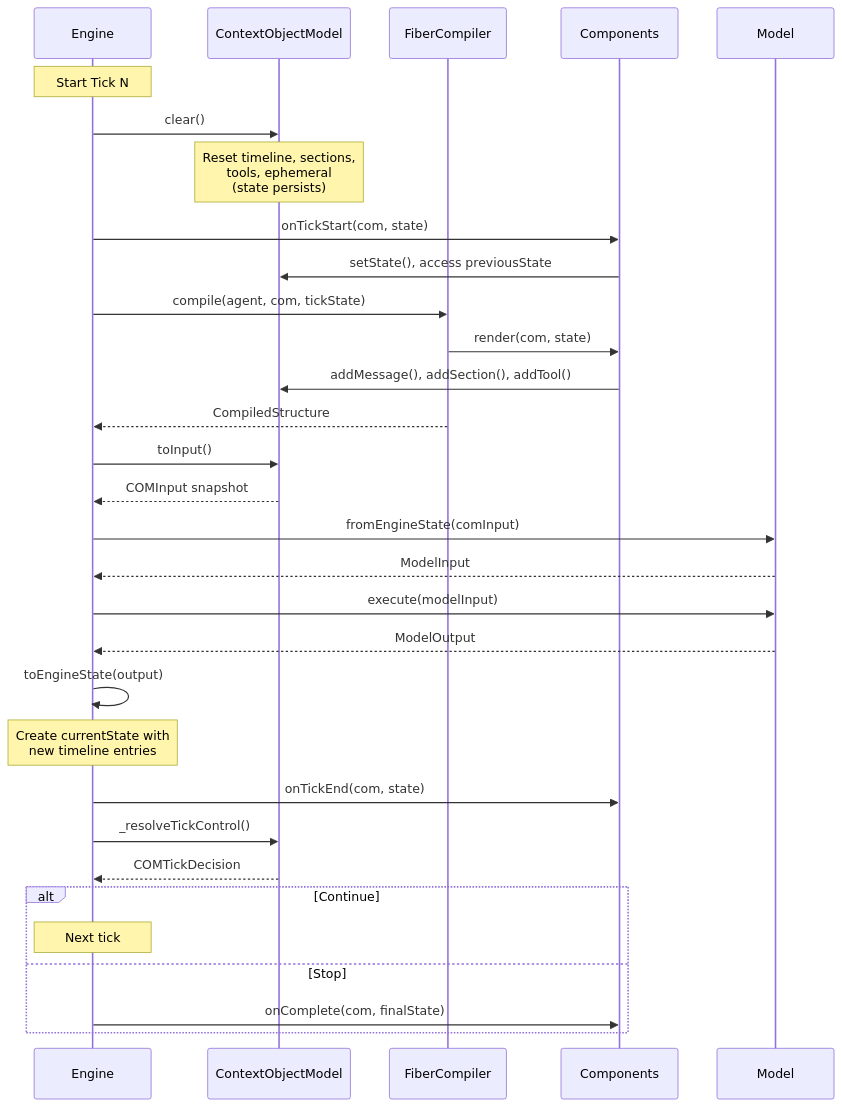
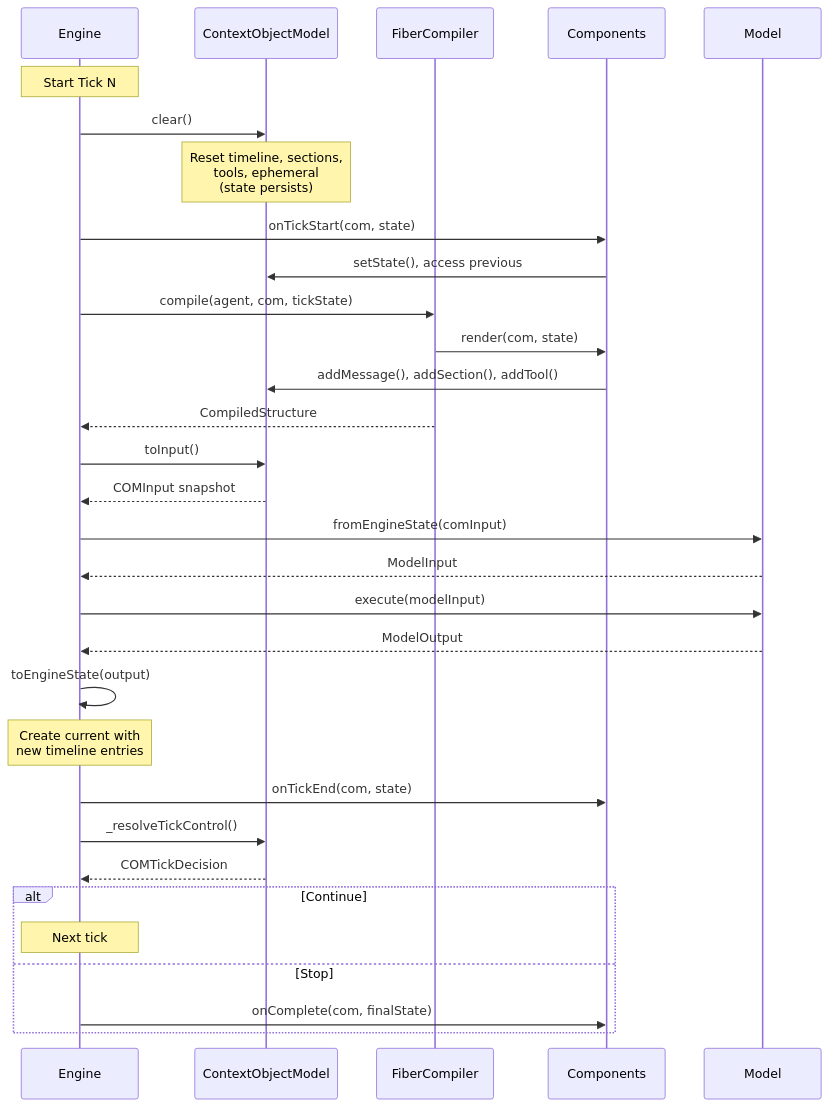
Before and after one commit to rlindgren/aidk: the third of 4 diagrams in packages/core/src/com/ARCHITECTURE.md, drawn with Mermaid. The commit also changed other lines of this file and 163 other files, not shown here.

````diff
--- a/packages/core/src/com/ARCHITECTURE.md
+++ b/packages/core/src/com/ARCHITECTURE.md
@@ -525,45 +525,45 @@
 ```mermaid
 sequenceDiagram
     participant Engine
     participant COM as ContextObjectModel
     participant Compiler as FiberCompiler
     participant Components
     participant Model
 
     Note over Engine: Start Tick N
 
     Engine->>COM: clear()
     Note over COM: Reset timeline, sections,<br/>tools, ephemeral<br/>(state persists)
 
     Engine->>Components: onTickStart(com, state)
-    Components->>COM: setState(), access previousState
+    Components->>COM: setState(), access previous
 
     Engine->>Compiler: compile(agent, com, tickState)
     Compiler->>Components: render(com, state)
     Components->>COM: addMessage(), addSection(), addTool()
 
     Compiler-->>Engine: CompiledStructure
 
     Engine->>COM: toInput()
     COM-->>Engine: COMInput snapshot
 
     Engine->>Model: fromEngineState(comInput)
     Model-->>Engine: ModelInput
 
     Engine->>Model: execute(modelInput)
     Model-->>Engine: ModelOutput
 
     Engine->>Engine: toEngineState(output)
-    Note over Engine: Create currentState with<br/>new timeline entries
+    Note over Engine: Create current with<br/>new timeline entries
 
     Engine->>Components: onTickEnd(com, state)
 
     Engine->>COM: _resolveTickControl()
     COM-->>Engine: COMTickDecision
 
     alt Continue
         Note over Engine: Next tick
     else Stop
         Engine->>Components: onComplete(com, finalState)
     end
 ```
````
